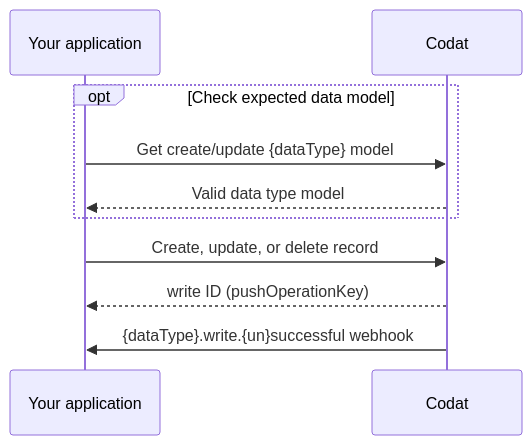
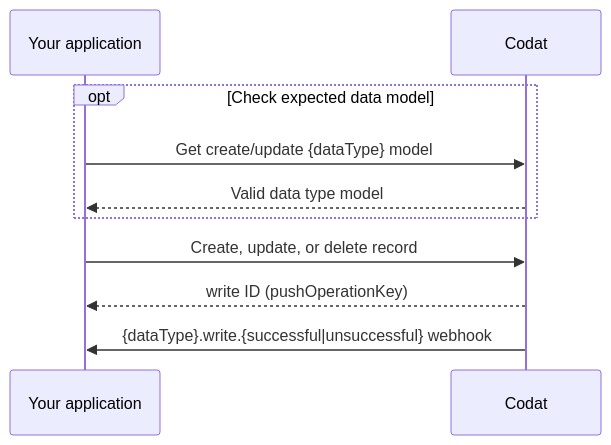
One commit to codatio/codat-docs changed the first of 2 diagrams in docs/using-the-api/push.md. Above: the diagram before and after it, drawn with Mermaid. The commit also changed other lines of this file and 1 other file, not shown here.

````diff
--- a/docs/using-the-api/push.md
+++ b/docs/using-the-api/push.md
@@ -60,15 +60,15 @@
 ```mermaid
 sequenceDiagram
     participant app as Your application 
     participant codat as Codat
     
   opt Check expected data model
     app ->> codat: Get create/update {dataType} model
     codat -->> app: Valid data type model
   end
 
     app ->> codat: Create, update, or delete record
     codat -->> app: write ID (pushOperationKey)
 
-    codat ->> app: {dataType}.write.{un}successful webhook
+    codat ->> app: {dataType}.write.{successful|unsuccessful} webhook
 ```
````
